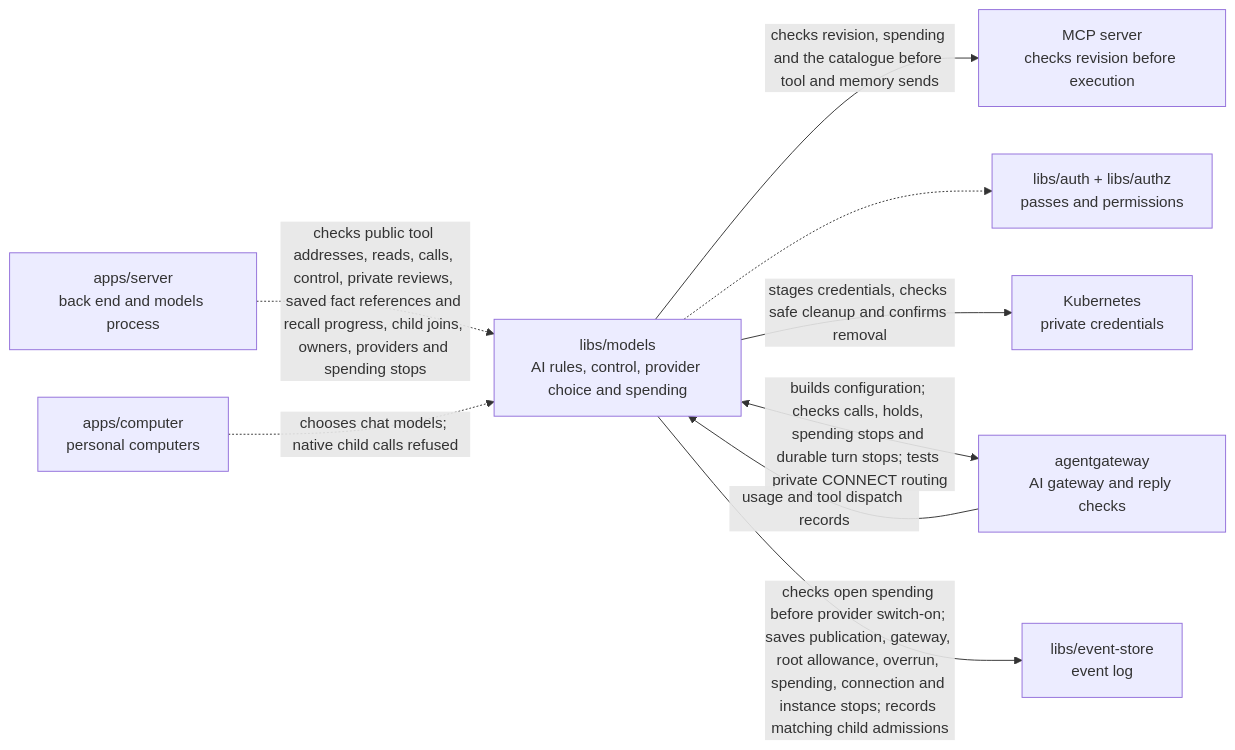
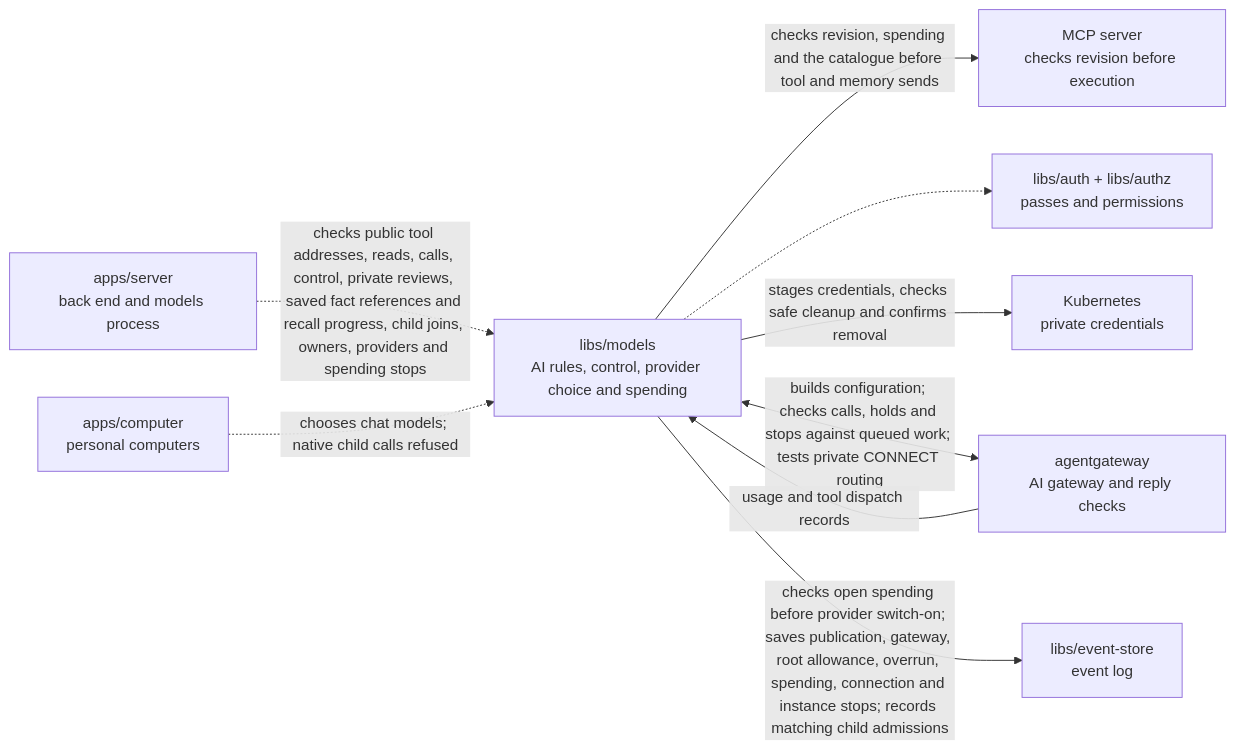
The diagram in libs/models/README.md (elewa-git/opencrane-new), drawn with Mermaid before and after one commit. The commit also changed other lines of this file and 8 other files, not shown here.

````diff
--- a/libs/models/README.md
+++ b/libs/models/README.md
@@ -14,11 +14,11 @@
 ```mermaid
 flowchart LR
   server["apps/server<br/>back end and models process"] -.->|checks public tool addresses, reads, calls, control, private reviews, saved fact references and recall progress, child joins, owners, providers and spending stops| models["libs/models<br/>AI rules, control, provider choice and spending"]
   models -->|checks revision, spending and the catalogue before tool and memory sends| mcp["MCP server<br/>checks revision before execution"]
   computer["apps/computer<br/>personal computers"] -.->|chooses chat models; native child calls refused| models
   models -.-> auth["libs/auth + libs/authz<br/>passes and permissions"]
   models -->|stages credentials, checks safe cleanup and confirms removal| custody["Kubernetes<br/>private credentials"]
-  models <-->|builds configuration; checks calls, holds, spending stops and durable turn stops; tests private CONNECT routing| gateway["agentgateway<br/>AI gateway and reply checks"]
+  models <-->|builds configuration; checks calls, holds and stops against queued work; tests private CONNECT routing| gateway["agentgateway<br/>AI gateway and reply checks"]
   gateway -->|usage and tool dispatch records| models
   models -->|checks open spending before provider switch-on; saves publication, gateway, root allowance, overrun, spending, connection and instance stops; records matching child admissions| store["libs/event-store<br/>event log"]
 ```
````
